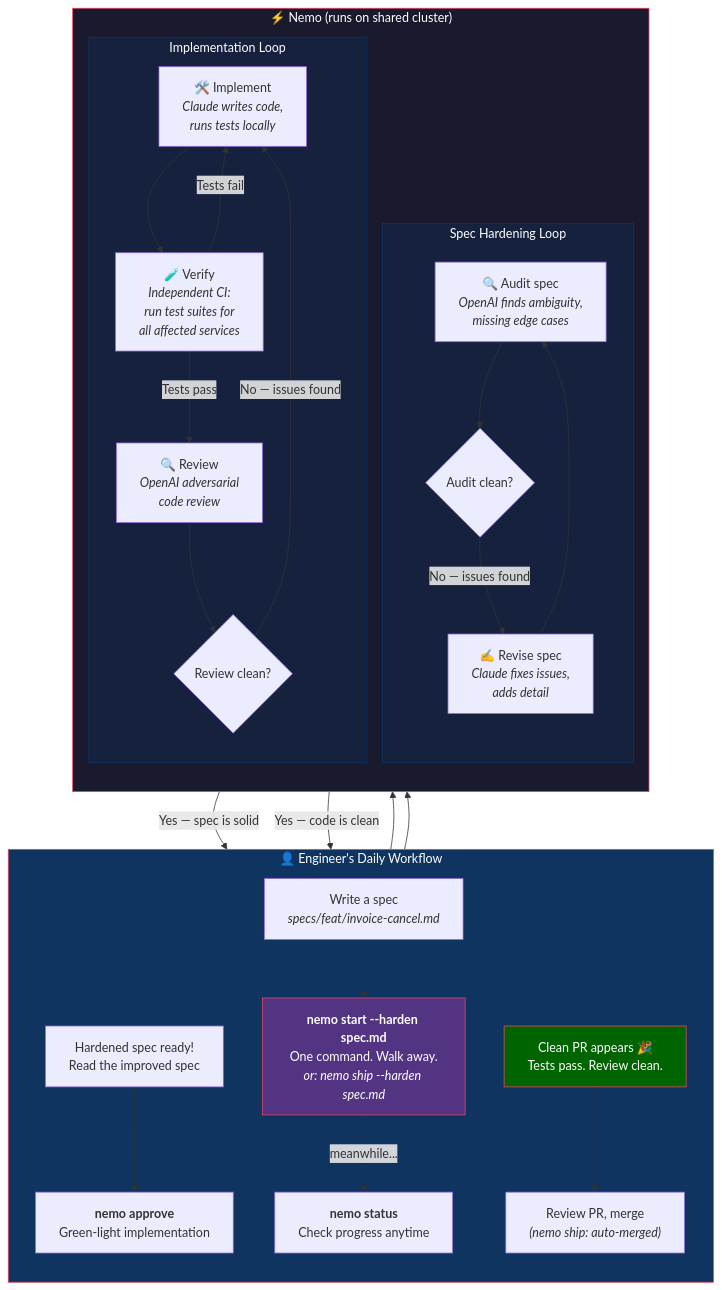
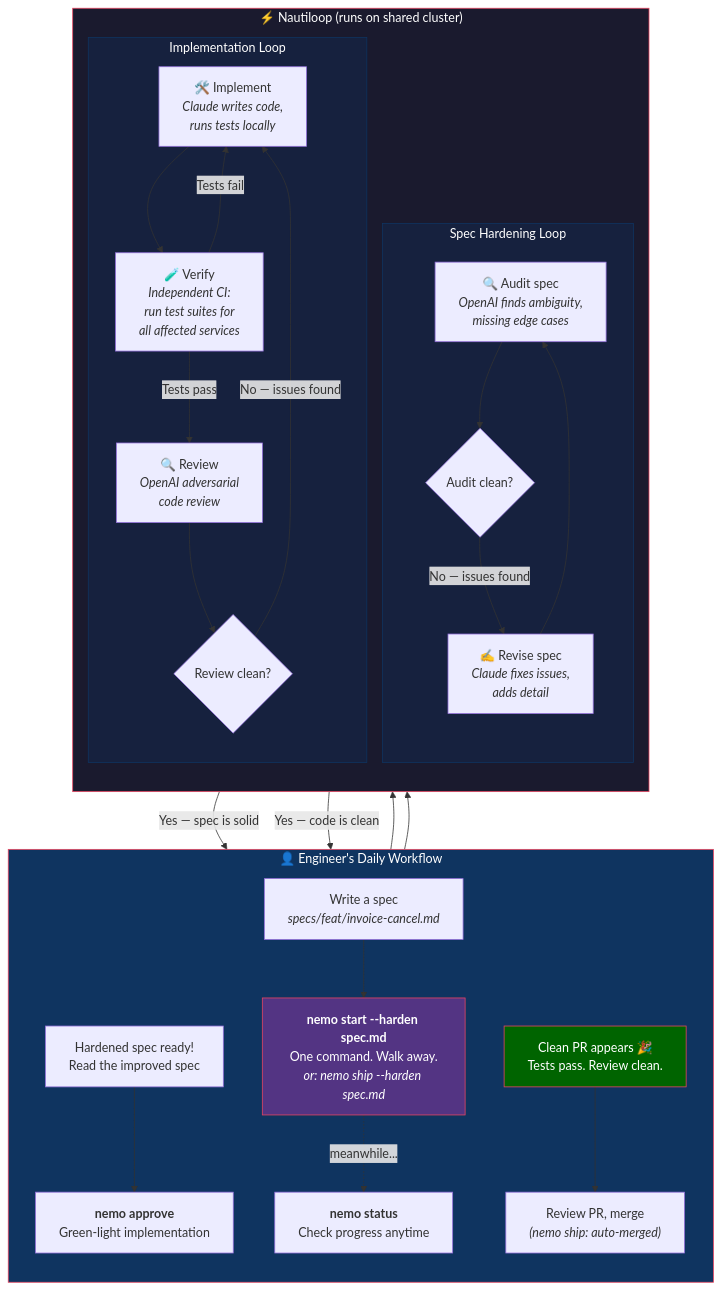
One commit to tinkrtailor/nemo changed the tenth of 12 diagrams in docs/architecture-diagrams.md. Above: the diagram before and after it, drawn with Mermaid. The commit also changed other lines of this file and 57 other files, not shown here.

First line of the commit message:
refactor: rebrand nemo → nautiloop (#30)

````diff
--- a/docs/architecture-diagrams.md
+++ b/docs/architecture-diagrams.md
@@ -519,55 +519,55 @@
 ```mermaid
 graph TD
     subgraph Engineer["👤 Engineer's Daily Workflow"]
         direction TB
         WRITE["Write a spec<br/><i>specs/feat/invoice-cancel.md</i>"]
         SUBMIT["<b>nemo start --harden spec.md</b><br/>One command. Walk away.<br/><i>or: nemo ship --harden spec.md</i>"]
         MONITOR["<b>nemo status</b><br/>Check progress anytime"]
         REVIEW_SPEC["Hardened spec ready!<br/>Read the improved spec"]
         APPROVE["<b>nemo approve</b><br/>Green-light implementation"]
         PR["Clean PR appears 🎉<br/>Tests pass. Review clean."]
         MERGE["Review PR, merge<br/><i>(nemo ship: auto-merged)</i>"]
     end
 
-    subgraph Nemo["⚡ Nemo (runs on shared cluster)"]
+    subgraph Nautiloop["⚡ Nautiloop (runs on shared cluster)"]
         direction TB
 
         subgraph Harden["Spec Hardening Loop"]
             H1["🔍 Audit spec<br/><i>OpenAI finds ambiguity,<br/>missing edge cases</i>"]
             H2["✍️ Revise spec<br/><i>Claude fixes issues,<br/>adds detail</i>"]
             H3{"Audit clean?"}
         end
 
         subgraph Build["Implementation Loop"]
             I1["🛠️ Implement<br/><i>Claude writes code,<br/>runs tests locally</i>"]
             I2["🧪 Verify<br/><i>Independent CI:<br/>run test suites for<br/>all affected services</i>"]
             I3["🔍 Review<br/><i>OpenAI adversarial<br/>code review</i>"]
             I4{"Review clean?"}
         end
     end
 
     WRITE --> SUBMIT
     SUBMIT --> H1
     H1 --> H3
     H3 -->|"No — issues found"| H2
     H2 --> H1
     H3 -->|"Yes — spec is solid"| REVIEW_SPEC
     REVIEW_SPEC --> APPROVE
     APPROVE --> I1
     I1 --> I2
     I2 -->|"Tests fail"| I1
     I2 -->|"Tests pass"| I3
     I3 --> I4
     I4 -->|"No — issues found"| I1
     I4 -->|"Yes — code is clean"| PR
 
     SUBMIT -.->|"meanwhile..."| MONITOR
     PR --> MERGE
 
     style Engineer fill:#0f3460,stroke:#e94560,color:#fff
-    style Nemo fill:#1a1a2e,stroke:#e94560,color:#fff
+    style Nautiloop fill:#1a1a2e,stroke:#e94560,color:#fff
     style Harden fill:#16213e,stroke:#0f3460,color:#fff
     style Build fill:#16213e,stroke:#0f3460,color:#fff
     style PR fill:#006400,stroke:#e94560,color:#fff
     style SUBMIT fill:#533483,stroke:#e94560,color:#fff
 ```
````
